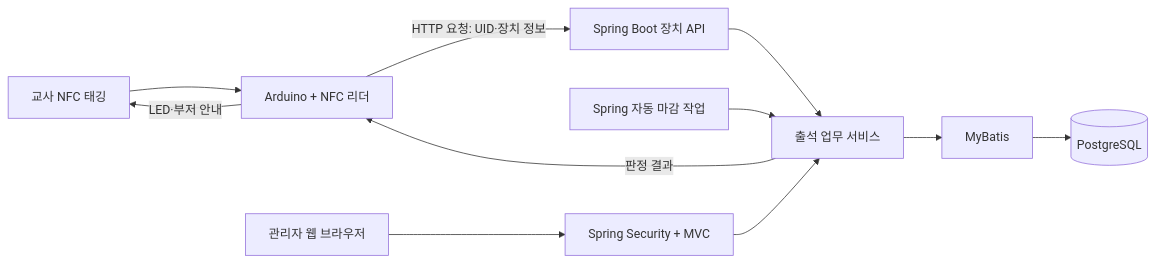
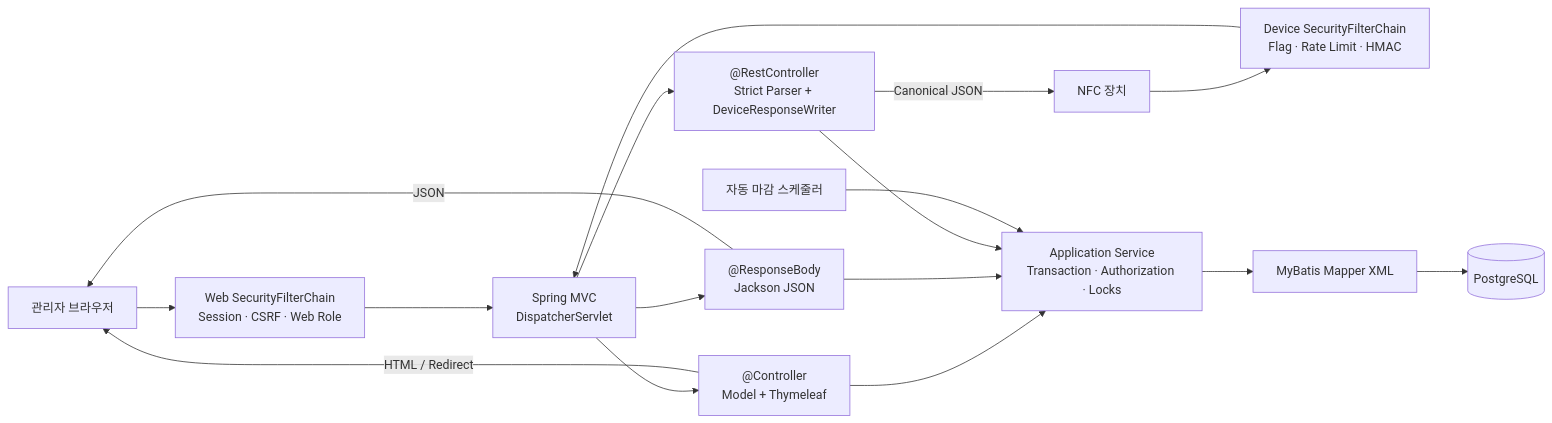
Before and after one commit to jinhokingofworld/attend: the diagram in docs/PROJECT_DEFINITION.md, drawn with Mermaid. The commit also changed other lines of this file and 76 other files, not shown here.

````diff
--- a/docs/PROJECT_DEFINITION.md
+++ b/docs/PROJECT_DEFINITION.md
@@ -52,13 +52,33 @@
 ```mermaid
 flowchart LR
-    T["교사 NFC 태깅"] --> D["Arduino + NFC 리더"]
-    D -->|"HTTP 요청: UID·장치 정보"| A["Spring Boot 장치 API"]
-    A --> S["출석 업무 서비스"]
-    J["Spring 자동 마감 작업"] --> S
-    S --> M["MyBatis"]
-    M --> DB[("PostgreSQL")]
-    S -->|"판정 결과"| D
-    D -->|"LED·부저 안내"| T
-    U["관리자 웹 브라우저"] --> W["Spring Security + MVC"]
-    W --> S
+    Browser["관리자 브라우저"]
+    Device["NFC 장치"]
+    Scheduler["자동 마감 스케줄러"]
+
+    WebSecurity["Web SecurityFilterChain<br/>Session · CSRF · Web Role"]
+    DeviceSecurity["Device SecurityFilterChain<br/>Flag · Rate Limit · HMAC"]
+
+    MVC["Spring MVC<br/>DispatcherServlet"]
+
+    PageController["@Controller<br/>Model + Thymeleaf"]
+    JsonController["@ResponseBody<br/>Jackson JSON"]
+    DeviceController["@RestController<br/>Strict Parser + DeviceResponseWriter"]
+
+    Service["Application Service<br/>Transaction · Authorization · Locks"]
+    MyBatis["MyBatis Mapper XML"]
+    DB[("PostgreSQL")]
+
+    Browser --> WebSecurity --> MVC
+    Device --> DeviceSecurity --> MVC
+
+    MVC --> PageController --> Service
+    MVC --> JsonController --> Service
+    MVC --> DeviceController --> Service
+
+    Scheduler --> Service
+    Service --> MyBatis --> DB
+
+    PageController -->|"HTML / Redirect"| Browser
+    JsonController -->|"JSON"| Browser
+    DeviceController -->|"Canonical JSON"| Device
 ```
````
